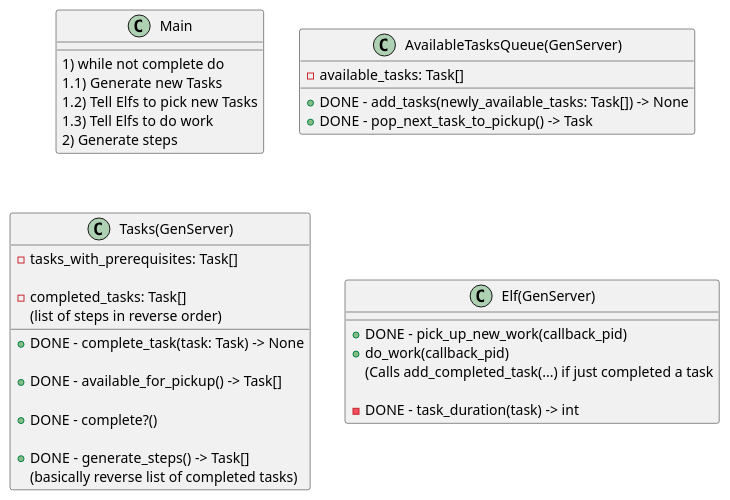
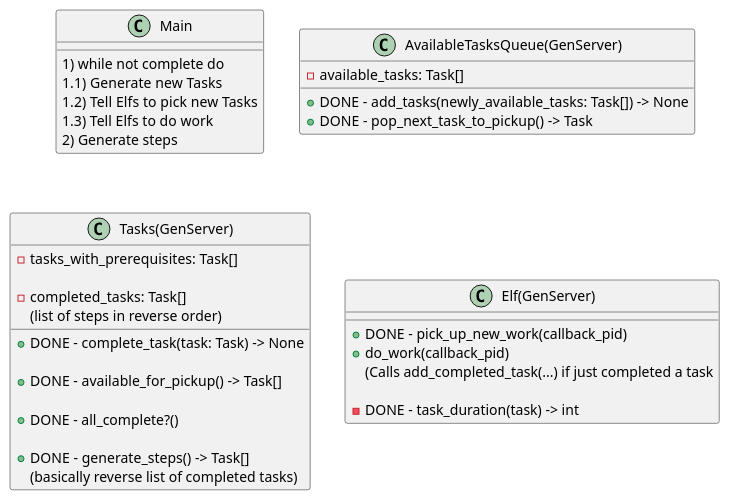
Before and after one commit to HelloThisIsFlo/AdventOfCode: the diagram in 2018/elixir/solutions/lib/solution/day_7_2.puml, drawn with PlantUML. The commit also changed 3 other files, not shown here.

```diff
--- a/2018/elixir/solutions/lib/solution/day_7_2.puml
+++ b/2018/elixir/solutions/lib/solution/day_7_2.puml
@@ -1,43 +1,43 @@
 @startuml Day7.2
 
 
 class Main {
     1) while not complete do
     1.1) Generate new Tasks
     1.2) Tell Elfs to pick new Tasks
     1.3) Tell Elfs to do work
     2) Generate steps
 }
 
 class AvailableTasksQueue(GenServer) {
     - available_tasks: Task[]
     + DONE - add_tasks(newly_available_tasks: Task[]) -> None
     + DONE - pop_next_task_to_pickup() -> Task
 }
 
 class Tasks(GenServer) {
     - {field} tasks_with_prerequisites: Task[]
 
     - {field} completed_tasks: Task[]
       {field} (list of steps in reverse order)
 
     + DONE - complete_task(task: Task) -> None
 
     + DONE - available_for_pickup() -> Task[]
 
-    + DONE - complete?()
+    + DONE - all_complete?()
     
     + DONE - generate_steps() -> Task[] 
       (basically reverse list of completed tasks)
 }
 
 class Elf(GenServer) {
     + DONE - pick_up_new_work(callback_pid)
     + do_work(callback_pid)
     {method} (Calls add_completed_task(...) if just completed a task
 
     - DONE - task_duration(task) -> int
 }
 
 
 @enduml
```
